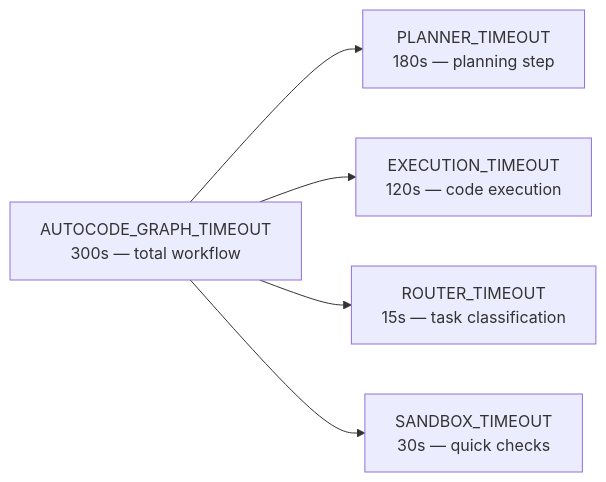
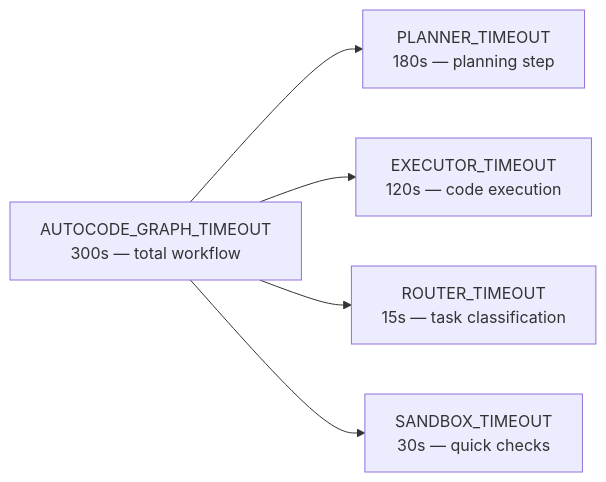
The fourth of 4 diagrams in docs/core/CONFIG.md (brunogcar/agent), drawn with Mermaid before and after one commit. The commit also changed other lines of this file and 12 other files, not shown here.

````diff
--- a/docs/core/CONFIG.md
+++ b/docs/core/CONFIG.md
@@ -319,7 +406,7 @@
 ```mermaid
 graph LR
     A["AUTOCODE_GRAPH_TIMEOUT<br/>300s — total workflow"] --> B["PLANNER_TIMEOUT<br/>180s — planning step"]
-    A --> C["EXECUTION_TIMEOUT<br/>120s — code execution"]
+    A --> C["EXECUTOR_TIMEOUT<br/>120s — code execution"]
     A --> D["ROUTER_TIMEOUT<br/>15s — task classification"]
     A --> E["SANDBOX_TIMEOUT<br/>30s — quick checks"]
 ```
````
